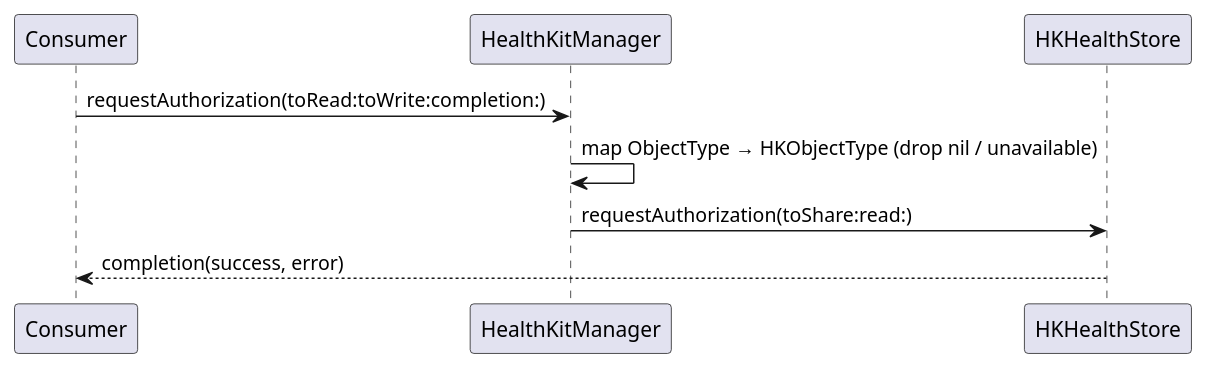
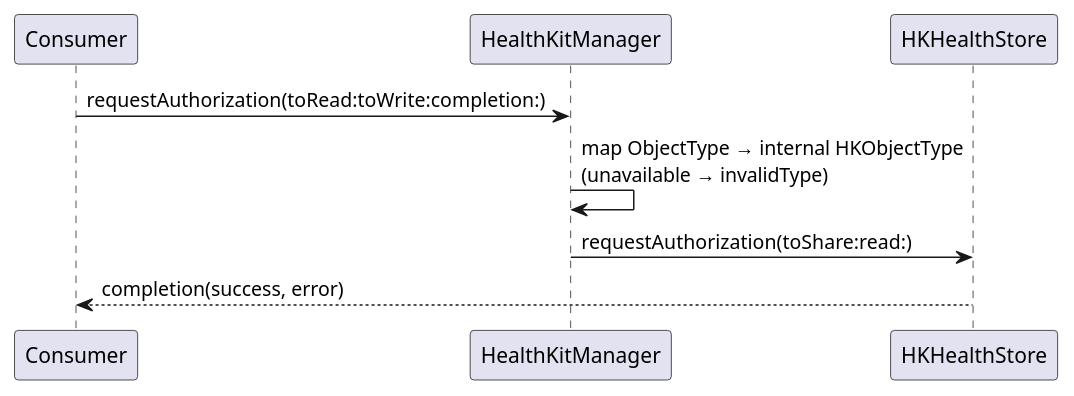
Before and after one commit to kvs-coder/HealthKitReporter: the first of 4 diagrams in docs/arc42/06-runtime-view.md, drawn with PlantUML. The commit also changed other lines of this file and 10 other files, not shown here.

````diff
--- a/docs/arc42/06-runtime-view.md
+++ b/docs/arc42/06-runtime-view.md
@@ -5,11 +5,11 @@
 ```plantuml
 @startuml
 participant Consumer
 participant HealthKitManager as M
 participant HKHealthStore as S
 Consumer -> M : requestAuthorization(toRead:toWrite:completion:)
-M -> M : map ObjectType → HKObjectType (drop nil / unavailable)
+M -> M : map ObjectType → internal HKObjectType\n(unavailable → invalidType)
 M -> S : requestAuthorization(toShare:read:)
 S --> Consumer : completion(success, error)
 @enduml
 ```
````
